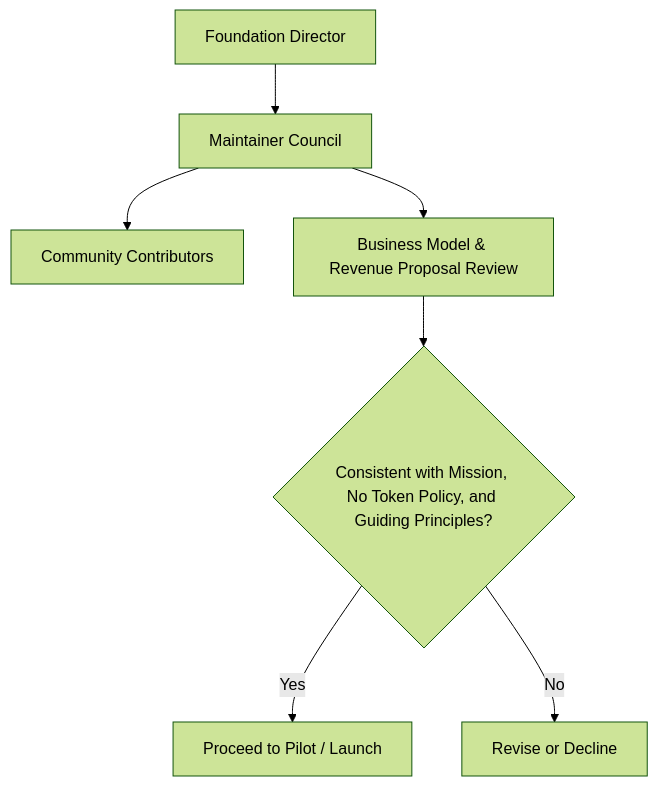
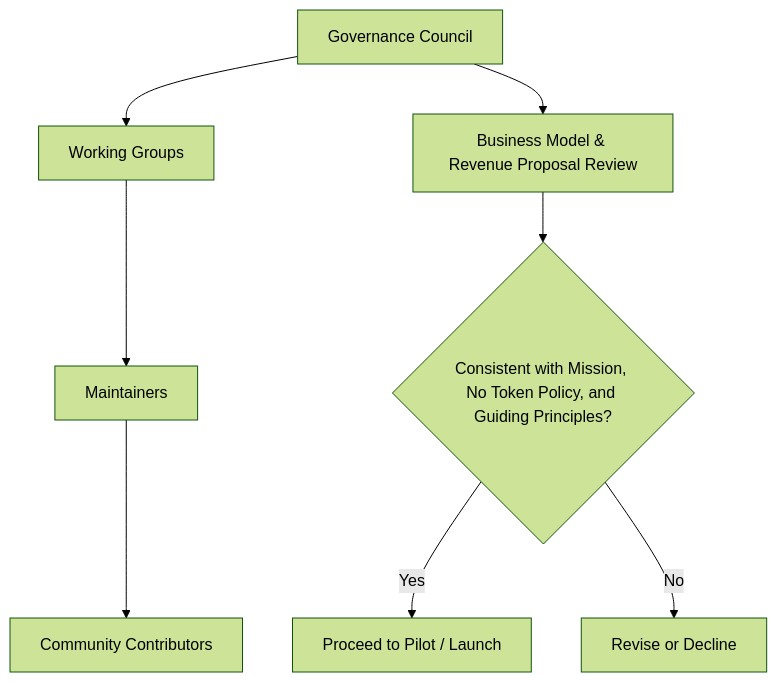
The seventh of 7 diagrams in BUSINESS.md (Celo-HaiTi/celoht-research), drawn with Mermaid (forest theme) before and after one commit. The commit also changed other lines of this file and 10 other files, not shown here.

````diff
--- a/BUSINESS.md
+++ b/BUSINESS.md
@@ -598,9 +598,10 @@
 ```mermaid
 flowchart TD
-    FD[Foundation Director] --> MC[Maintainer Council]
-    MC --> CC[Community Contributors]
-    MC --> BizReview[Business Model & Revenue Proposal Review]
+    GC[Governance Council] --> WG[Working Groups]
+    WG --> M[Maintainers]
+    M --> CC[Community Contributors]
+    GC --> BizReview[Business Model & Revenue Proposal Review]
     BizReview --> MissionCheck{Consistent with Mission, No Token Policy, and Guiding Principles?}
     MissionCheck -- Yes --> Approved[Proceed to Pilot / Launch]
     MissionCheck -- No --> Rejected[Revise or Decline]
 ```
````
